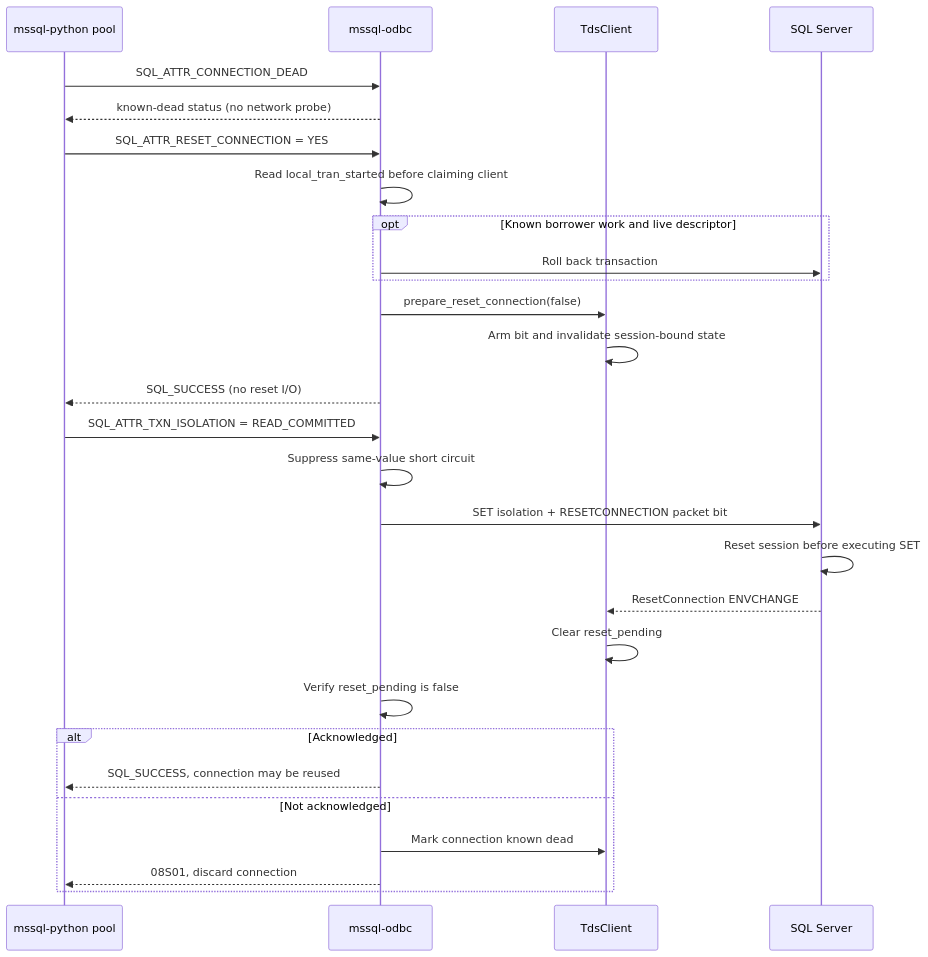
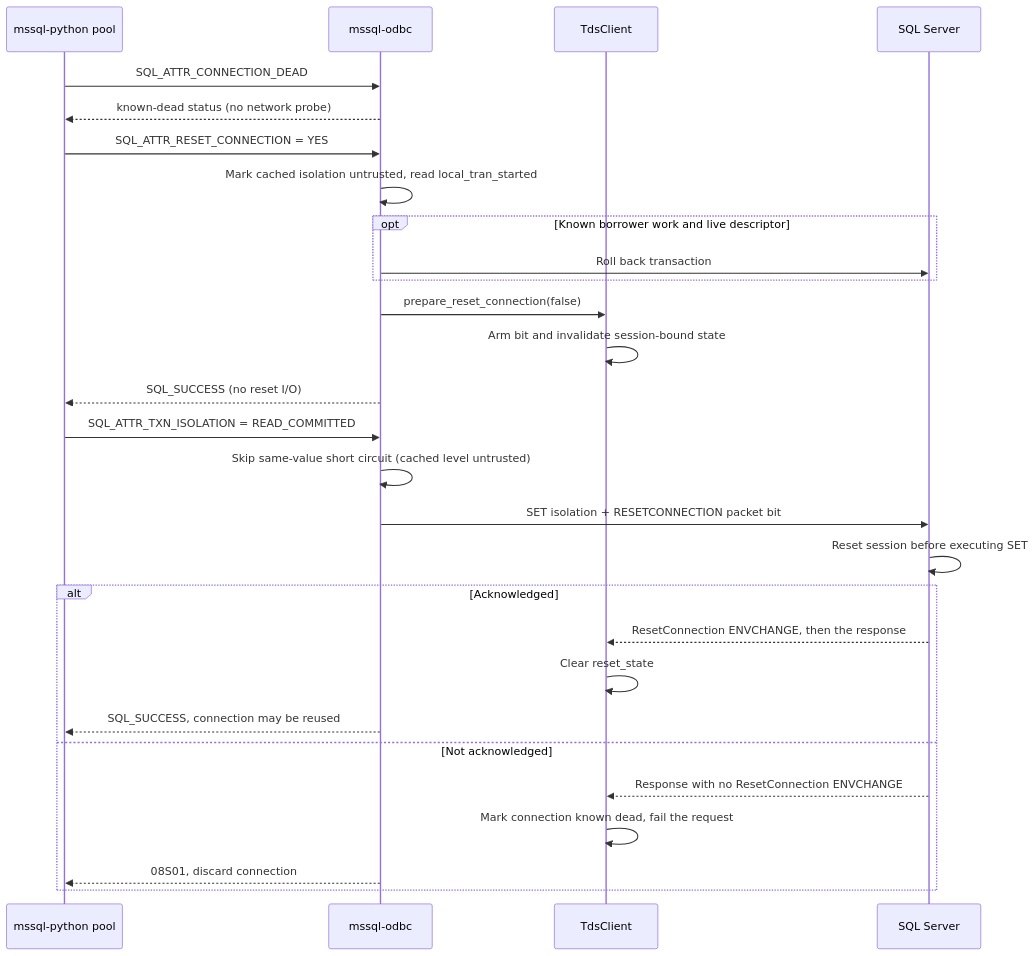
The diagram in docs/odbc-connection-pooling-plan.md (microsoft/mssql-rs), drawn with Mermaid before and after one commit. The commit also changed other lines of this file and 9 other files, not shown here.

First line of the commit message:
Move pool-reset acknowledgement verification into TdsClient

````diff
--- a/docs/odbc-connection-pooling-plan.md
+++ b/docs/odbc-connection-pooling-plan.md
@@ -51,31 +52,31 @@
 ```mermaid
 sequenceDiagram
     participant Pool as mssql-python pool
     participant ODBC as mssql-odbc
     participant TDS as TdsClient
     participant Server as SQL Server
 
     Pool->>ODBC: SQL_ATTR_CONNECTION_DEAD
     ODBC-->>Pool: known-dead status (no network probe)
     Pool->>ODBC: SQL_ATTR_RESET_CONNECTION = YES
-    ODBC->>ODBC: Read local_tran_started before claiming client
+    ODBC->>ODBC: Mark cached isolation untrusted, read local_tran_started
     opt Known borrower work and live descriptor
         ODBC->>Server: Roll back transaction
     end
     ODBC->>TDS: prepare_reset_connection(false)
     TDS->>TDS: Arm bit and invalidate session-bound state
     ODBC-->>Pool: SQL_SUCCESS (no reset I/O)
     Pool->>ODBC: SQL_ATTR_TXN_ISOLATION = READ_COMMITTED
-    ODBC->>ODBC: Suppress same-value short circuit
+    ODBC->>ODBC: Skip same-value short circuit (cached level untrusted)
     ODBC->>Server: SET isolation + RESETCONNECTION packet bit
     Server->>Server: Reset session before executing SET
-    Server-->>TDS: ResetConnection ENVCHANGE
-    TDS->>TDS: Clear reset_pending
-    ODBC->>ODBC: Verify reset_pending is false
     alt Acknowledged
+        Server-->>TDS: ResetConnection ENVCHANGE, then the response
+        TDS->>TDS: Clear reset_state
         ODBC-->>Pool: SQL_SUCCESS, connection may be reused
     else Not acknowledged
-        ODBC->>TDS: Mark connection known dead
+        Server-->>TDS: Response with no ResetConnection ENVCHANGE
+        TDS->>TDS: Mark connection known dead, fail the request
         ODBC-->>Pool: 08S01, discard connection
     end
 ```
````
